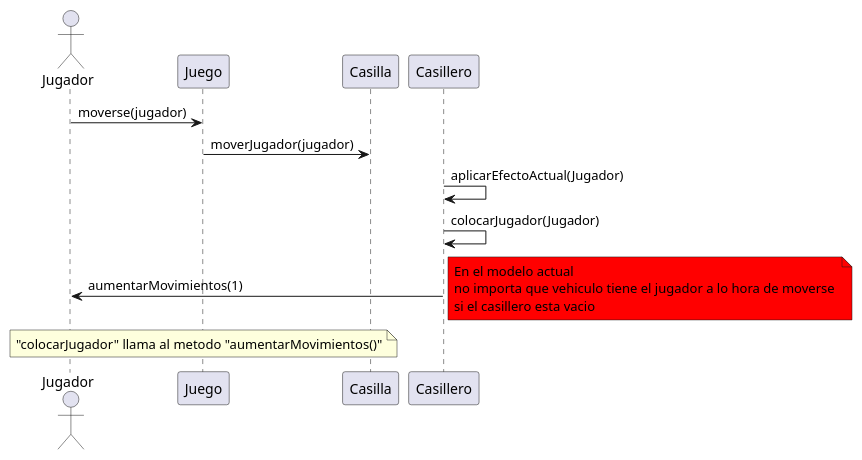
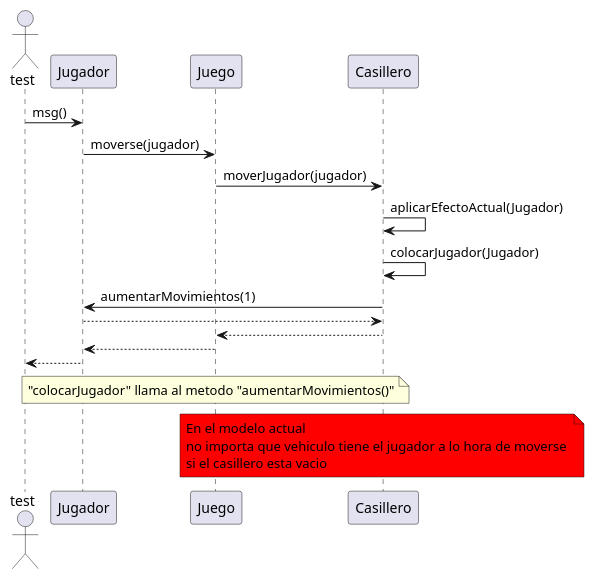
The diagram in diagrams/sequences/UnaMotoAtraviesaLaGrillaSinObstáculoYLaCantidadDeMovimientosEsX.plantuml (TP2Algo3FIUBA/tp2), drawn with PlantUML before and after one commit.

Commit message:
cambie el diagrama

```diff
--- a/diagrams/sequences/UnaMotoAtraviesaLaGrillaSinObstáculoYLaCantidadDeMovimientosEsX.plantuml
+++ b/diagrams/sequences/UnaMotoAtraviesaLaGrillaSinObstáculoYLaCantidadDeMovimientosEsX.plantuml
@@ -1,16 +1,22 @@
 @startuml
-Actor Jugador
+Actor test
+test -> Jugador : msg()
 Jugador -> Juego : moverse(jugador)
-Juego -> Casilla: moverJugador(jugador)
+Juego -> Casillero: moverJugador(jugador)
 Casillero -> Casillero: aplicarEfectoActual(Jugador) 
 
 Casillero -> Casillero: colocarJugador(Jugador) 
 Casillero -> Jugador: aumentarMovimientos(1)
+Jugador --> Casillero
+
+Casillero --> Juego
+Juego --> Jugador
+Jugador --> test
 
 note over Juego: "colocarJugador" llama al metodo "aumentarMovimientos()"
-note right #red 
+note over Casillero #red 
 En el modelo actual 
 no importa que vehiculo tiene el jugador a lo hora de moverse 
 si el casillero esta vacio
 end note
 @enduml
```
